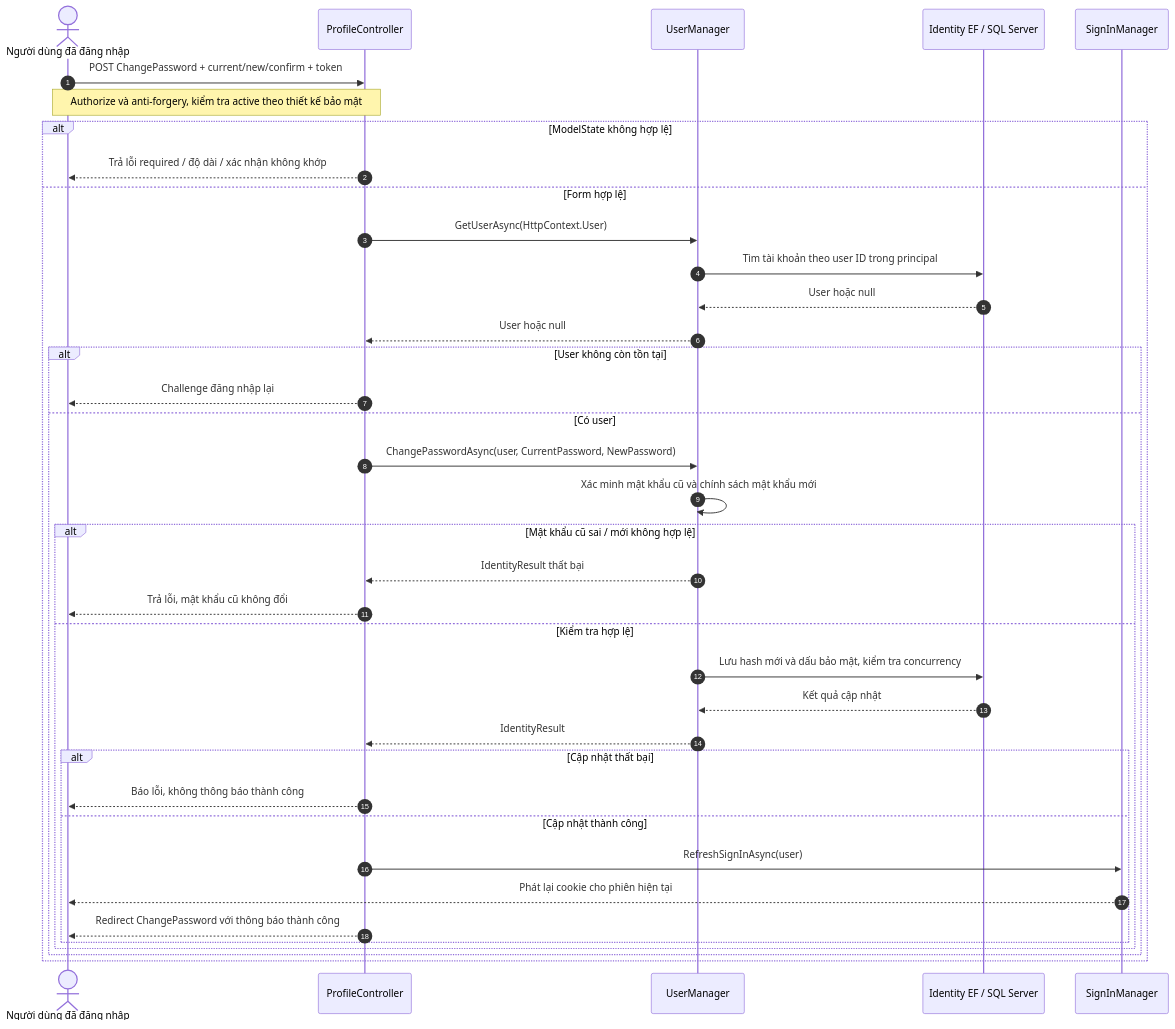
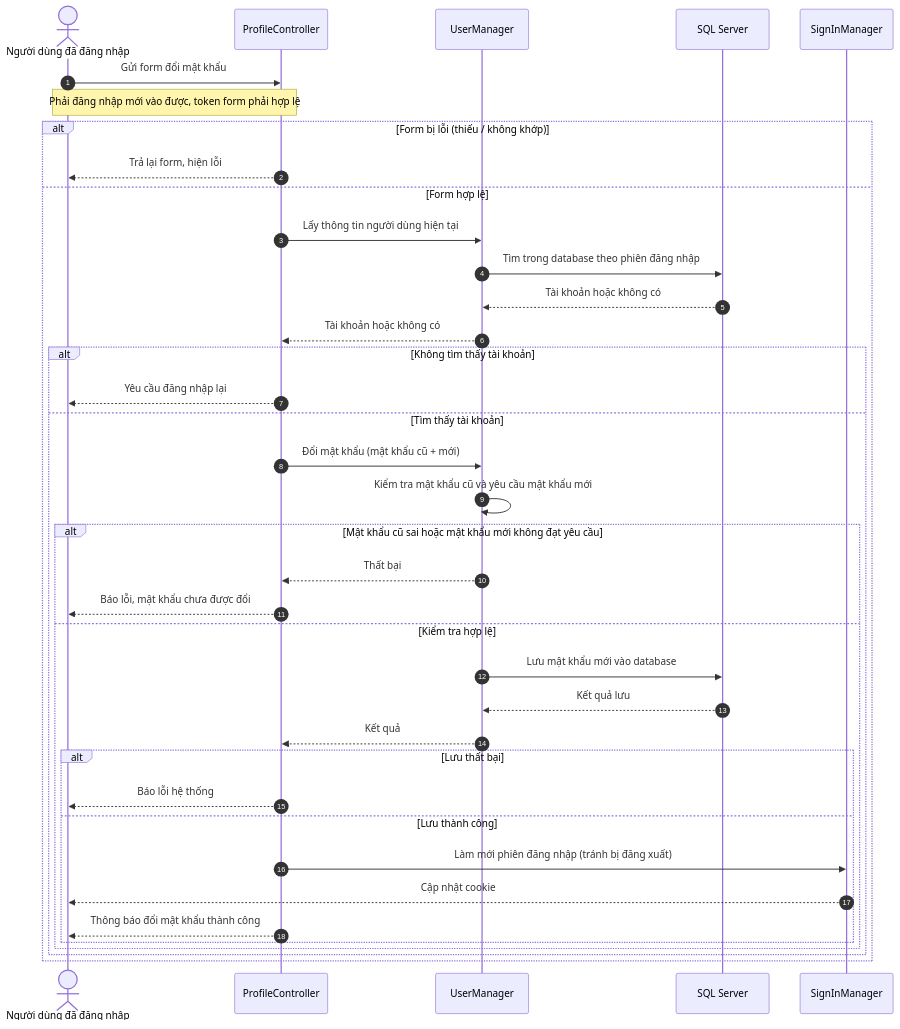
One commit to HE176671/billiard-management-system changed the diagram in docs/sds-hung/07-change-password.mmd. Above: the diagram before and after it, drawn with Mermaid. The commit also changed 2 other files, not shown here.

Commit message:
docs: simplify sequence diagram labels for readability

```diff
--- a/docs/sds-hung/07-change-password.mmd
+++ b/docs/sds-hung/07-change-password.mmd
@@ -1,38 +1,43 @@
 sequenceDiagram
     autonumber
     actor U as Người dùng đã đăng nhập
     participant C as ProfileController
     participant UM as UserManager
-    participant DB as Identity EF / SQL Server
+    participant DB as SQL Server
     participant SM as SignInManager
-    U->>C: POST ChangePassword + current/new/confirm + token
-    Note over U,C: Authorize và anti-forgery, kiểm tra active theo thiết kế bảo mật
-    alt ModelState không hợp lệ
-        C-->>U: Trả lỗi required / độ dài / xác nhận không khớp
+
+    U->>C: Gửi form đổi mật khẩu
+    Note over U,C: Phải đăng nhập mới vào được, token form phải hợp lệ
+
+    alt Form bị lỗi (thiếu / không khớp)
+        C-->>U: Trả lại form, hiện lỗi
     else Form hợp lệ
-        C->>UM: GetUserAsync(HttpContext.User)
-        UM->>DB: Tìm tài khoản theo user ID trong principal
-        DB-->>UM: User hoặc null
-        UM-->>C: User hoặc null
-        alt User không còn tồn tại
-            C-->>U: Challenge đăng nhập lại
-        else Có user
-            C->>UM: ChangePasswordAsync(user, CurrentPassword, NewPassword)
-            UM->>UM: Xác minh mật khẩu cũ và chính sách mật khẩu mới
-            alt Mật khẩu cũ sai / mới không hợp lệ
-                UM-->>C: IdentityResult thất bại
-                C-->>U: Trả lỗi, mật khẩu cũ không đổi
+        C->>UM: Lấy thông tin người dùng hiện tại
+        UM->>DB: Tìm trong database theo phiên đăng nhập
+        DB-->>UM: Tài khoản hoặc không có
+        UM-->>C: Tài khoản hoặc không có
+
+        alt Không tìm thấy tài khoản
+            C-->>U: Yêu cầu đăng nhập lại
+        else Tìm thấy tài khoản
+            C->>UM: Đổi mật khẩu (mật khẩu cũ + mới)
+            UM->>UM: Kiểm tra mật khẩu cũ và yêu cầu mật khẩu mới
+
+            alt Mật khẩu cũ sai hoặc mật khẩu mới không đạt yêu cầu
+                UM-->>C: Thất bại
+                C-->>U: Báo lỗi, mật khẩu chưa được đổi
             else Kiểm tra hợp lệ
-                UM->>DB: Lưu hash mới và dấu bảo mật, kiểm tra concurrency
-                DB-->>UM: Kết quả cập nhật
-                UM-->>C: IdentityResult
-                alt Cập nhật thất bại
-                    C-->>U: Báo lỗi, không thông báo thành công
-                else Cập nhật thành công
-                    C->>SM: RefreshSignInAsync(user)
-                    SM-->>U: Phát lại cookie cho phiên hiện tại
-                    C-->>U: Redirect ChangePassword với thông báo thành công
+                UM->>DB: Lưu mật khẩu mới vào database
+                DB-->>UM: Kết quả lưu
+                UM-->>C: Kết quả
+
+                alt Lưu thất bại
+                    C-->>U: Báo lỗi hệ thống
+                else Lưu thành công
+                    C->>SM: Làm mới phiên đăng nhập (tránh bị đăng xuất)
+                    SM-->>U: Cập nhật cookie
+                    C-->>U: Thông báo đổi mật khẩu thành công
                 end
             end
         end
     end
```
